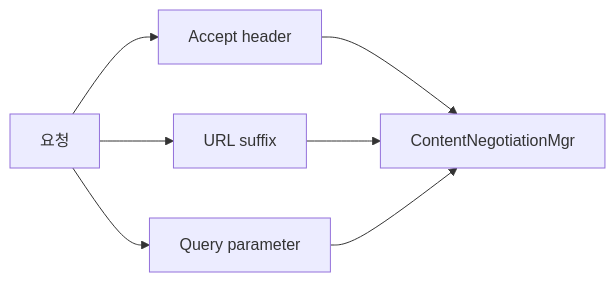
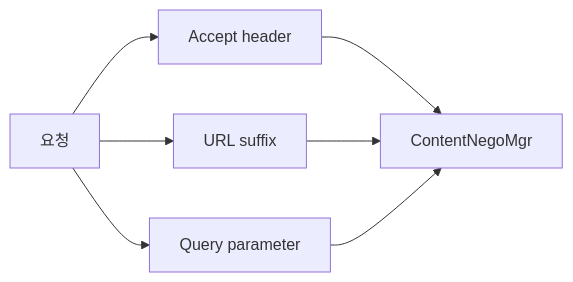
One commit to yjkim2015/yjkim2015.github.io changed the eighth of 12 diagrams in _posts/spring/2026-05-02-spring-mvc-deep.md. Above: the diagram before and after it, drawn with Mermaid. The commit also changed other lines of this file and 245 other files, not shown here.

First line of the commit message:
Mermaid 다이어그램 전면 수정 + 면접 포인트 접기/펼치기 + DB 데드락 페이지

````diff
--- a/_posts/spring/2026-05-02-spring-mvc-deep.md
+++ b/_posts/spring/2026-05-02-spring-mvc-deep.md
@@ -1160,9 +1160,9 @@
 ```mermaid
 graph LR
     A[요청] --> B[Accept header]
     A --> C[URL suffix]
     A --> D[Query parameter]
-    B --> E[ContentNegotiationMgr]
+    B --> E[ContentNegoMgr]
     C --> E
     D --> E
 ```
````
